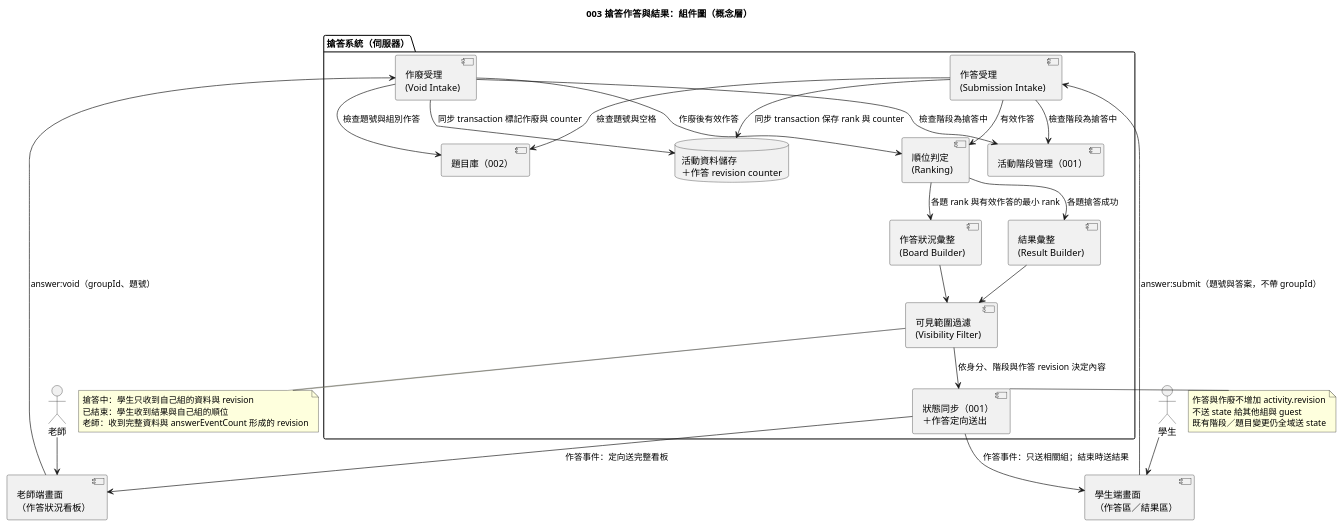
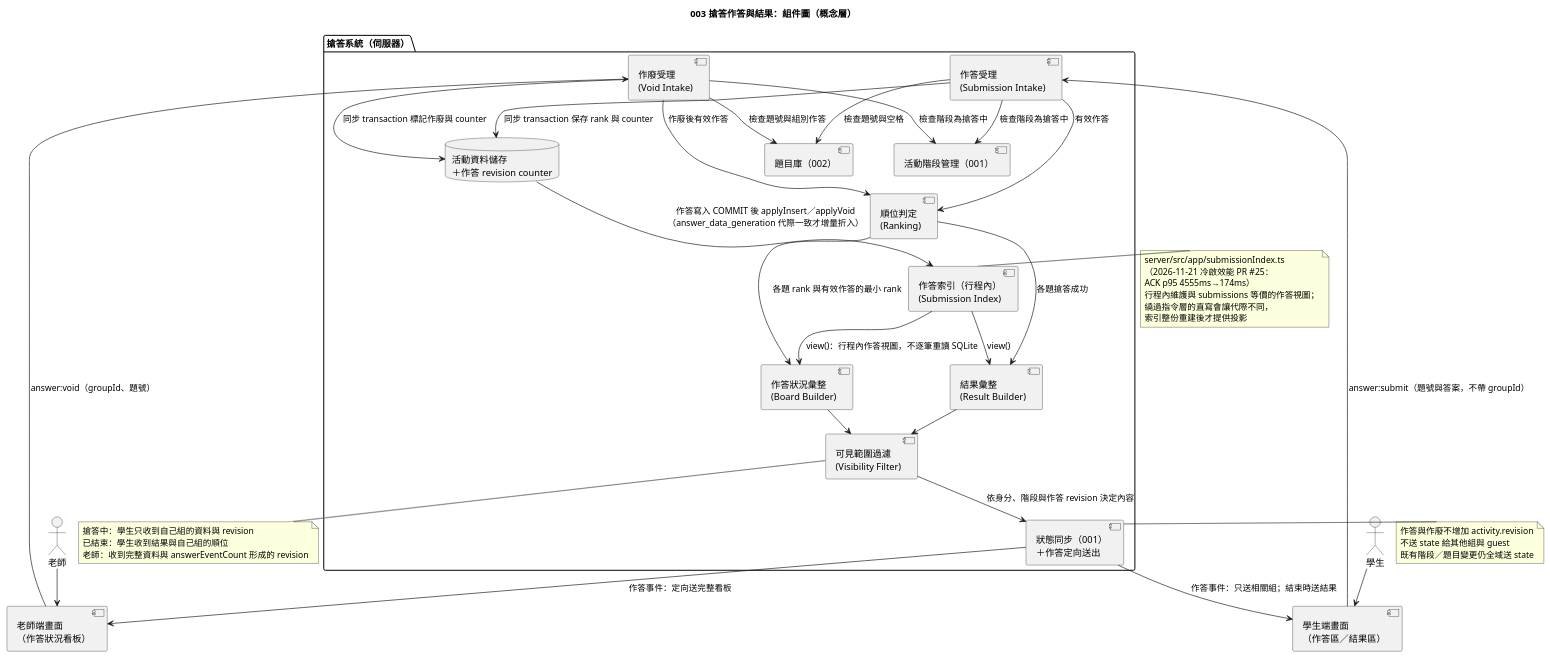
Before and after one commit to Danielweng0902/Answering-System_speckit: the diagram in diagrams/003-buzz-in-component.puml, drawn with PlantUML. The commit also changed 13 other files, not shown here.

First line of the commit message:
docs(diagrams): 補上 #25/#26/#28 新增模組的圖、plan 對應與 tasks 補記

```diff
--- a/diagrams/003-buzz-in-component.puml
+++ b/diagrams/003-buzz-in-component.puml
@@ -1,54 +1,67 @@
 @startuml
 !pragma layout smetana
 title 003 搶答作答與結果：組件圖（概念層）
 
 actor 老師
 actor 學生
 component "老師端畫面\n（作答狀況看板）" as TeacherUI
 component "學生端畫面\n（作答區／結果區）" as StudentUI
 
 package "搶答系統（伺服器）" {
   component "作答受理\n(Submission Intake)" as Intake
   component "作廢受理\n(Void Intake)" as VoidIntake
   component "順位判定\n(Ranking)" as Rank
+  component "作答索引（行程內）\n(Submission Index)" as Index
   component "可見範圍過濾\n(Visibility Filter)" as Filter
   component "作答狀況彙整\n(Board Builder)" as Board
   component "結果彙整\n(Result Builder)" as Result
   component "狀態同步（001）\n＋作答定向送出" as Sync
   component "活動階段管理（001）" as Phase
   component "題目庫（002）" as Bank
   database "活動資料儲存\n＋作答 revision counter" as Store
 }
 
 學生 --> StudentUI
 老師 --> TeacherUI
 StudentUI --> Intake : answer:submit（題號與答案，不帶 groupId）
 TeacherUI --> VoidIntake : answer:void（groupId、題號）
 Intake --> Phase : 檢查階段為搶答中
 VoidIntake --> Phase : 檢查階段為搶答中
 Intake --> Bank : 檢查題號與空格
 VoidIntake --> Bank : 檢查題號與組別作答
 Intake --> Store : 同步 transaction 保存 rank 與 counter
 VoidIntake --> Store : 同步 transaction 標記作廢與 counter
 Intake --> Rank : 有效作答
 VoidIntake --> Rank : 作廢後有效作答
+Store --> Index : 作答寫入 COMMIT 後 applyInsert／applyVoid\n（answer_data_generation 代際一致才增量折入）
+Index --> Board : view()：行程內作答視圖，不逐筆重讀 SQLite
+Index --> Result : view()
 Rank --> Board : 各題 rank 與有效作答的最小 rank
 Rank --> Result : 各題搶答成功
 Board --> Filter
 Result --> Filter
 Filter --> Sync : 依身分、階段與作答 revision 決定內容
 Sync --> TeacherUI : 作答事件：定向送完整看板
 Sync --> StudentUI : 作答事件：只送相關組；結束時送結果
+
+note right of Index
+  server/src/app/submissionIndex.ts
+  （2026-11-21 冷啟效能 PR #25：
+  ACK p95 4555ms→174ms）
+  行程內維護與 submissions 等價的作答視圖；
+  繞過指令層的直寫會讓代際不同，
+  索引整份重建後才提供投影
+end note
 
 note bottom of Filter
   搶答中：學生只收到自己組的資料與 revision
   已結束：學生收到結果與自己組的順位
   老師：收到完整資料與 answerEventCount 形成的 revision
 end note
 
 note right of Sync
   作答與作廢不增加 activity.revision
   不送 state 給其他組與 guest
   既有階段／題目變更仍全域送 state
 end note
 @enduml
```
